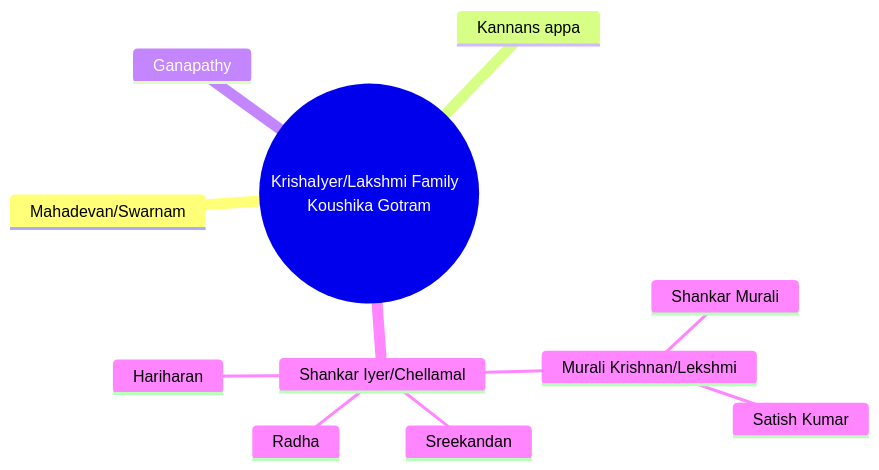
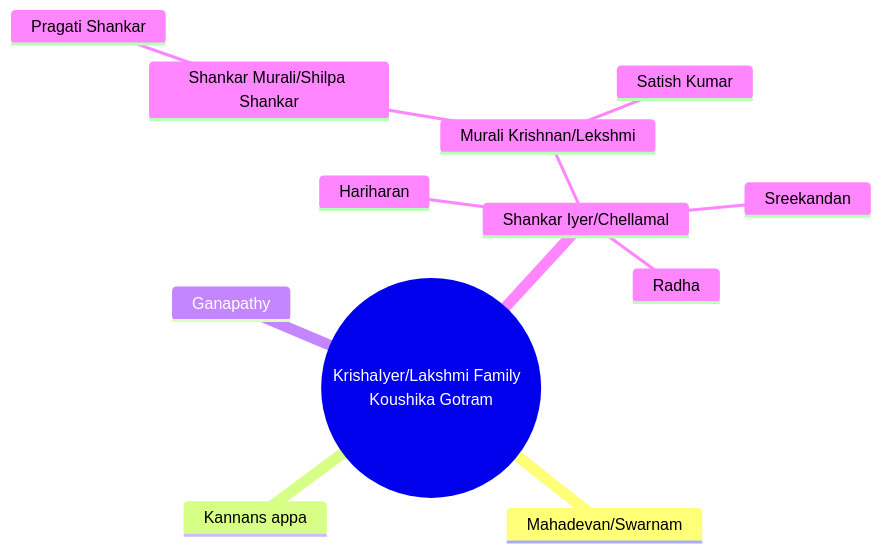
One commit to shkgiri/FamilyLineage changed the diagram in FamilyLineage.md. Above: the diagram before and after it, drawn with Mermaid.

````diff
--- a/FamilyLineage.md
+++ b/FamilyLineage.md
@@ -3,14 +3,15 @@
 ```mermaid
 mindmap
   root((KrishaIyer/Lakshmi Family  Koushika Gotram))
        Mahadevan/Swarnam
        Kannans appa
        Ganapathy
        Shankar Iyer/Chellamal
         Murali Krishnan/Lekshmi
-         Shankar Murali
+         Shankar Murali/Shilpa Shankar
+          Pragati Shankar
          Satish Kumar
         Hariharan
         Sreekandan
         Radha
 ```
````
